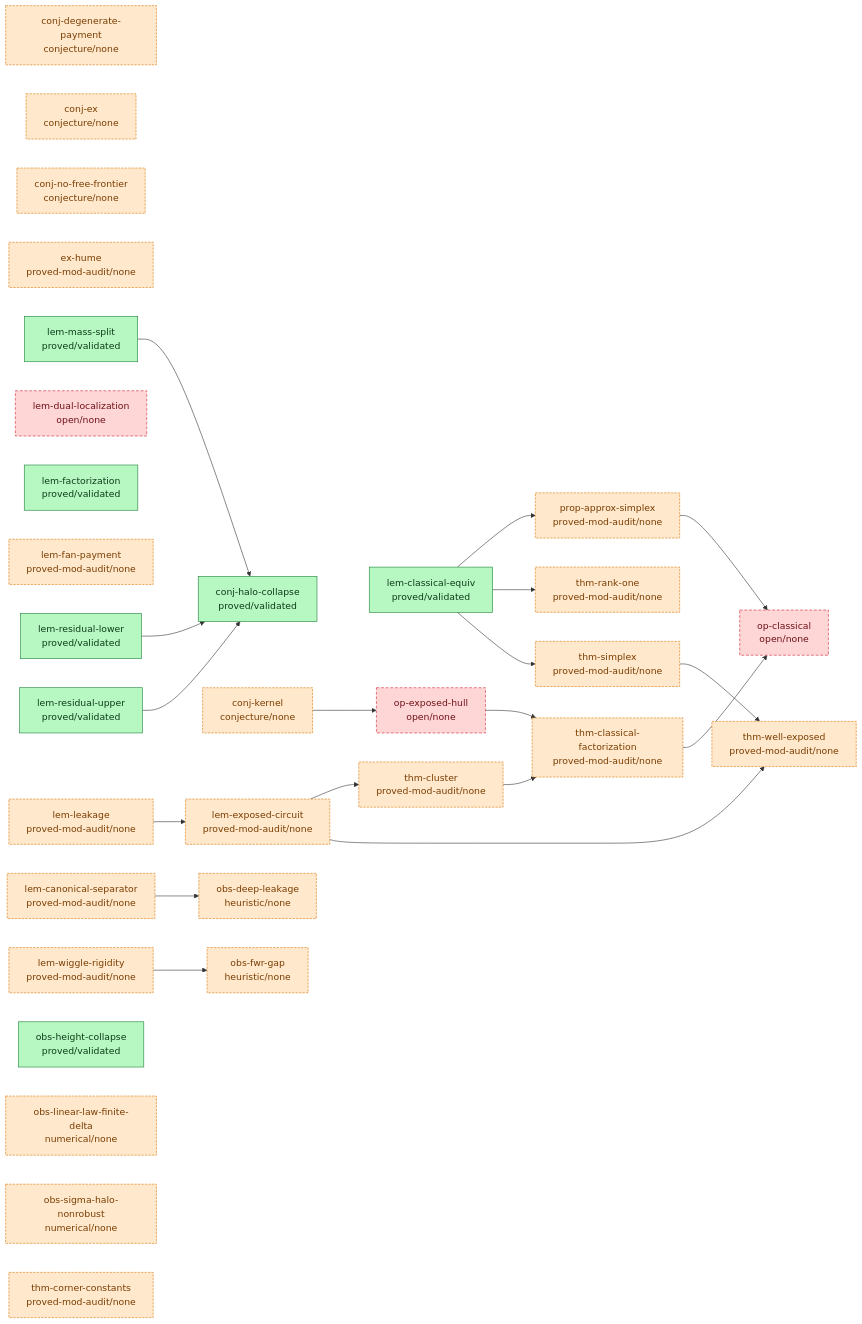
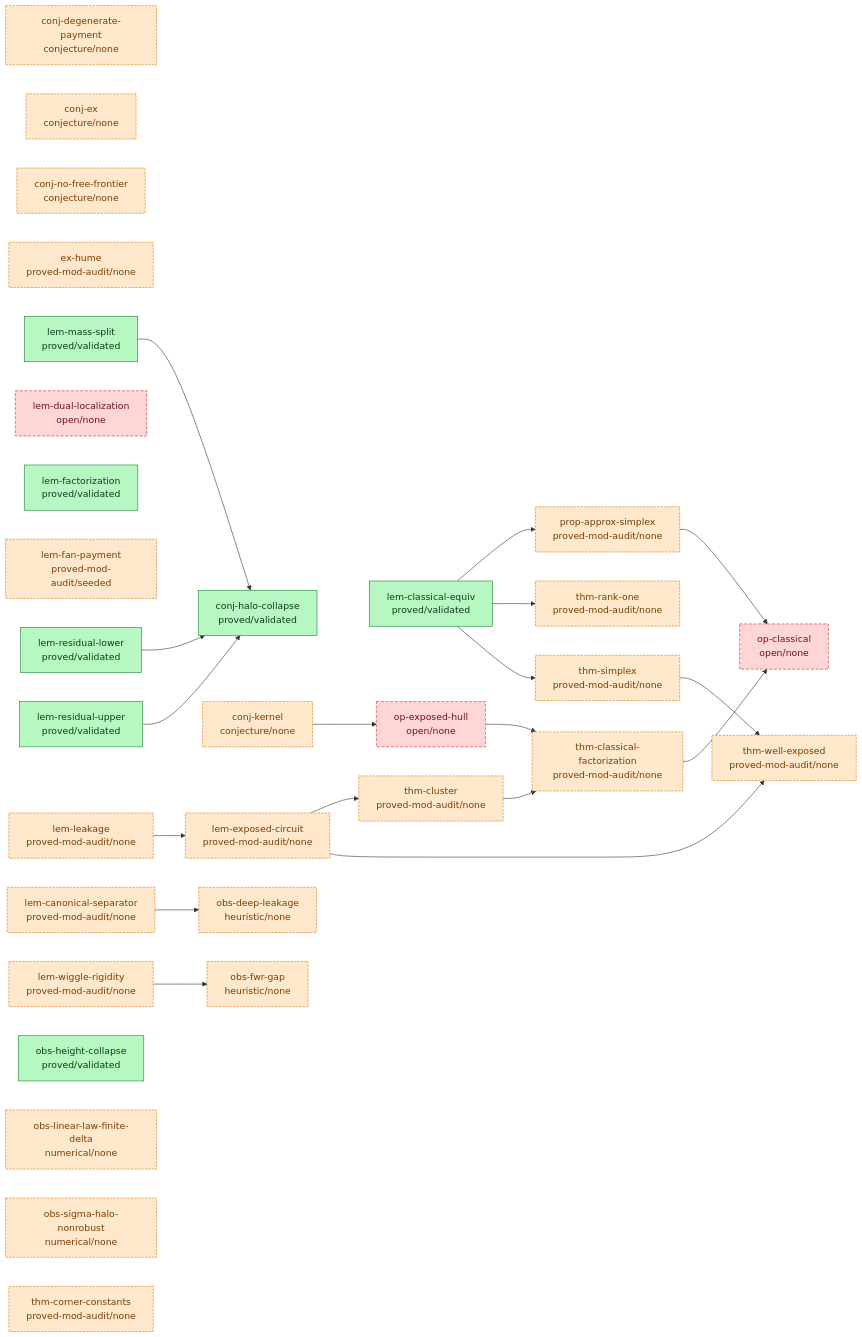
The diagram in argument/DAG.md (tobiasosborne/almost-idempotent-stochastic-maps), drawn with Mermaid before and after one commit. The commit also changed 7 other files, not shown here.

First line of the commit message:
Seed af workspace proofs/lem-fan-payment (contract verbatim, af: none->seeded)

````diff
--- a/argument/DAG.md
+++ b/argument/DAG.md
@@ -6,61 +6,61 @@
 ```mermaid
 graph LR
   classDef validated fill:#b7f7c2,stroke:#1a7f37,color:#0b3d18;
   classDef proved fill:#cfe3ff,stroke:#0969da,color:#0a3069;
   classDef seeded fill:#fff3c4,stroke:#bf8700,color:#5a4500;
   classDef stated fill:#eaecef,stroke:#8b949e,color:#24292f;
   classDef cited fill:#e7d6ff,stroke:#8250df,color:#3b1a73;
   classDef nonrigorous fill:#ffe8cc,stroke:#d97706,color:#7a3d00,stroke-dasharray:4 2;
   classDef open fill:#ffd6d6,stroke:#cf222e,color:#6e1119,stroke-dasharray:5 3;
   conj-degenerate-payment["conj-degenerate-payment<br/>conjecture/none"]
   conj-ex["conj-ex<br/>conjecture/none"]
   conj-halo-collapse["conj-halo-collapse<br/>proved/validated"]
   conj-kernel["conj-kernel<br/>conjecture/none"]
   conj-no-free-frontier["conj-no-free-frontier<br/>conjecture/none"]
   ex-hume["ex-hume<br/>proved-mod-audit/none"]
   lem-canonical-separator["lem-canonical-separator<br/>proved-mod-audit/none"]
   lem-classical-equiv["lem-classical-equiv<br/>proved/validated"]
   lem-dual-localization["lem-dual-localization<br/>open/none"]
   lem-exposed-circuit["lem-exposed-circuit<br/>proved-mod-audit/none"]
   lem-factorization["lem-factorization<br/>proved/validated"]
-  lem-fan-payment["lem-fan-payment<br/>proved-mod-audit/none"]
+  lem-fan-payment["lem-fan-payment<br/>proved-mod-audit/seeded"]
   lem-leakage["lem-leakage<br/>proved-mod-audit/none"]
   lem-mass-split["lem-mass-split<br/>proved/validated"]
   lem-residual-lower["lem-residual-lower<br/>proved/validated"]
   lem-residual-upper["lem-residual-upper<br/>proved/validated"]
   lem-wiggle-rigidity["lem-wiggle-rigidity<br/>proved-mod-audit/none"]
   obs-deep-leakage["obs-deep-leakage<br/>heuristic/none"]
   obs-fwr-gap["obs-fwr-gap<br/>heuristic/none"]
   obs-height-collapse["obs-height-collapse<br/>proved/validated"]
   obs-linear-law-finite-delta["obs-linear-law-finite-delta<br/>numerical/none"]
   obs-sigma-halo-nonrobust["obs-sigma-halo-nonrobust<br/>numerical/none"]
   op-classical["op-classical<br/>open/none"]
   op-exposed-hull["op-exposed-hull<br/>open/none"]
   prop-approx-simplex["prop-approx-simplex<br/>proved-mod-audit/none"]
   thm-classical-factorization["thm-classical-factorization<br/>proved-mod-audit/none"]
   thm-cluster["thm-cluster<br/>proved-mod-audit/none"]
   thm-corner-constants["thm-corner-constants<br/>proved-mod-audit/none"]
   thm-rank-one["thm-rank-one<br/>proved-mod-audit/none"]
   thm-simplex["thm-simplex<br/>proved-mod-audit/none"]
   thm-well-exposed["thm-well-exposed<br/>proved-mod-audit/none"]
   conj-kernel --> op-exposed-hull
   lem-canonical-separator --> obs-deep-leakage
   lem-classical-equiv --> prop-approx-simplex
   lem-classical-equiv --> thm-rank-one
   lem-classical-equiv --> thm-simplex
   lem-exposed-circuit --> thm-cluster
   lem-exposed-circuit --> thm-well-exposed
   lem-leakage --> lem-exposed-circuit
   lem-mass-split --> conj-halo-collapse
   lem-residual-lower --> conj-halo-collapse
   lem-residual-upper --> conj-halo-collapse
   lem-wiggle-rigidity --> obs-fwr-gap
   op-exposed-hull --> thm-classical-factorization
   prop-approx-simplex --> op-classical
   thm-classical-factorization --> op-classical
   thm-cluster --> thm-classical-factorization
   thm-simplex --> thm-well-exposed
   class conj-halo-collapse,lem-classical-equiv,lem-factorization,lem-mass-split,lem-residual-lower,lem-residual-upper,obs-height-collapse validated;
   class conj-degenerate-payment,conj-ex,conj-kernel,conj-no-free-frontier,ex-hume,lem-canonical-separator,lem-exposed-circuit,lem-fan-payment,lem-leakage,lem-wiggle-rigidity,obs-deep-leakage,obs-fwr-gap,obs-linear-law-finite-delta,obs-sigma-halo-nonrobust,prop-approx-simplex,thm-classical-factorization,thm-cluster,thm-corner-constants,thm-rank-one,thm-simplex,thm-well-exposed nonrigorous;
   class lem-dual-localization,op-classical,op-exposed-hull open;
 ```
````
